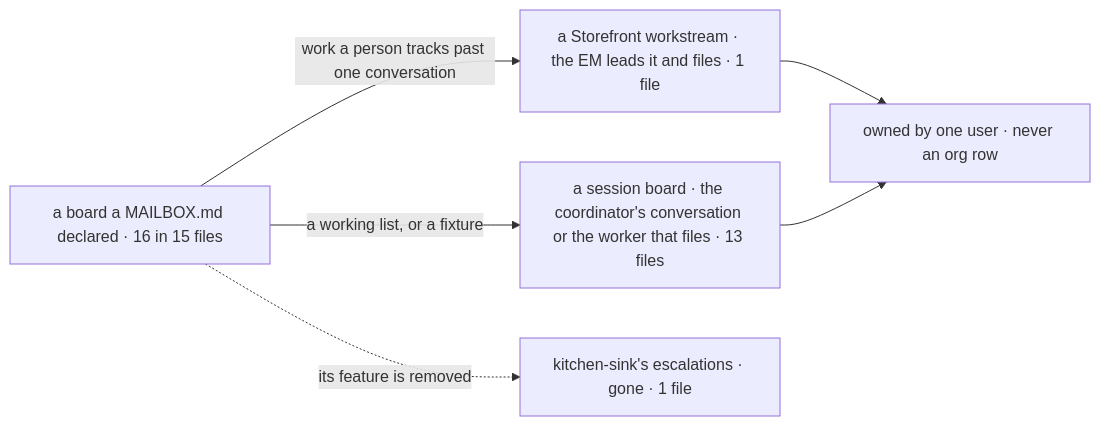
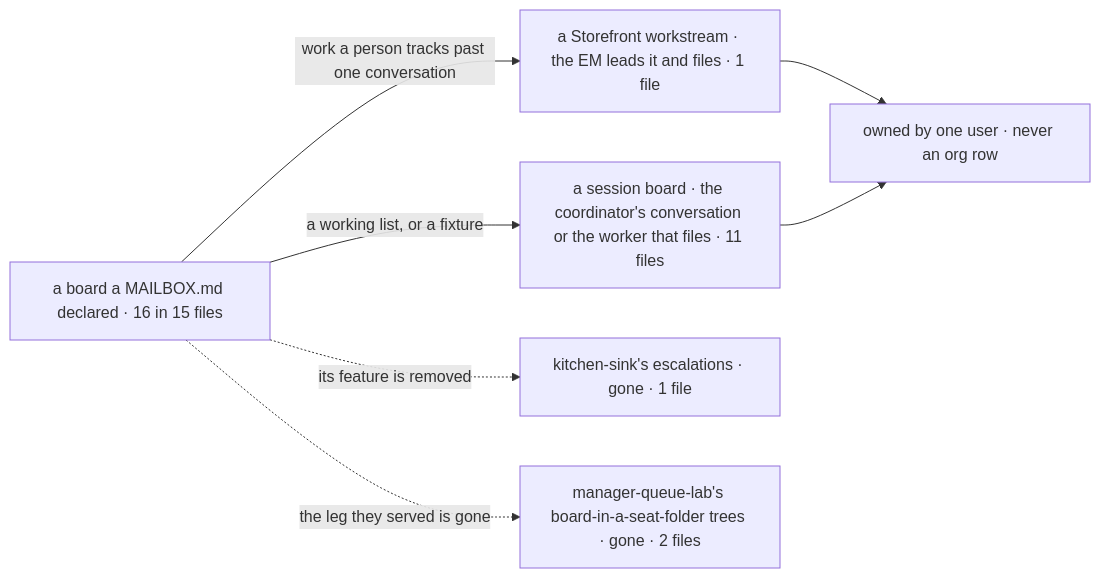
Before and after one commit to fixpoint-labs/flow-state-dev: the second of 2 diagrams in specs/issues/FIX-1792/SPEC.md, drawn with Mermaid. The commit also changed other lines of this file and 9 other files, not shown here.

````diff
--- a/specs/issues/FIX-1792/SPEC.md
+++ b/specs/issues/FIX-1792/SPEC.md
@@ -91,8 +88,9 @@
 ```mermaid
 flowchart LR
   B["a board a MAILBOX.md declared · 16 in 15 files"] -->|"work a person tracks past one conversation"| W["a Storefront workstream · the EM leads it and files · 1 file"]
-  B -->|"a working list, or a fixture"| S["a session board · the coordinator's conversation or the worker that files · 13 files"]
+  B -->|"a working list, or a fixture"| S["a session board · the coordinator's conversation or the worker that files · 11 files"]
   B -.->|"its feature is removed"| X["kitchen-sink's escalations · gone · 1 file"]
+  B -.->|"the leg they served is gone"| Y["manager-queue-lab's board-in-a-seat-folder trees · gone · 2 files"]
   W --> O["owned by one user · never an org row"]
   S --> O
 ```
````
